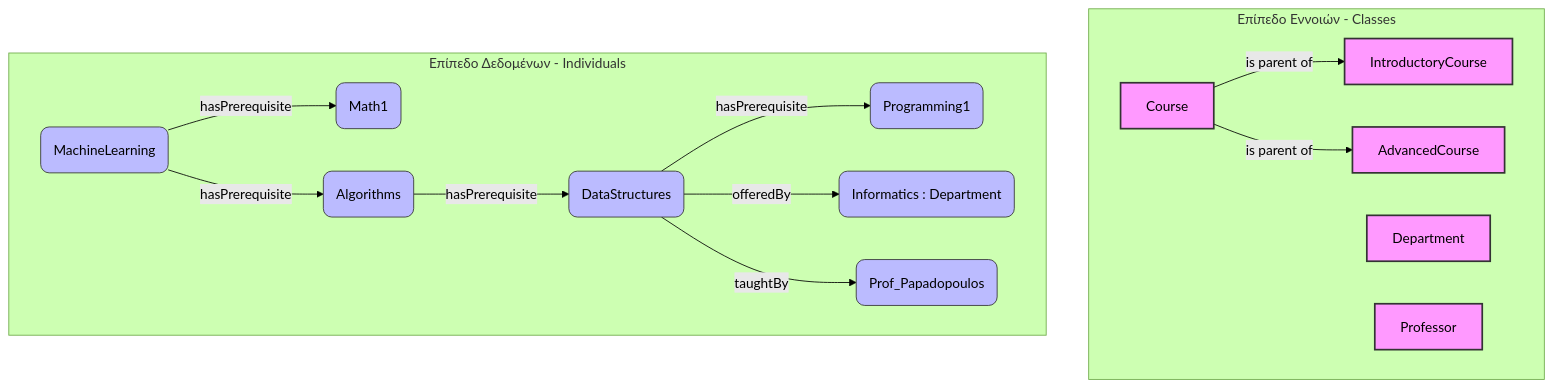
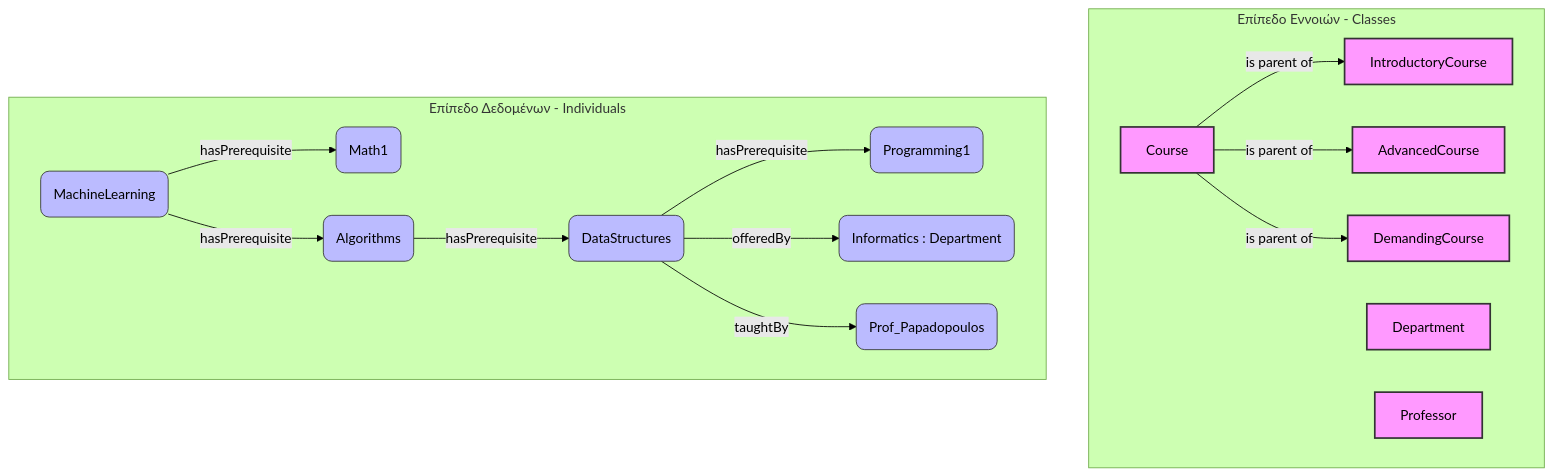
One commit to tsadimas-wa/dss-data-analytics changed the diagram in lab_protege.md. Above: the diagram before and after it, drawn with Mermaid (forest theme). The commit also changed other lines of this file, not shown here.

````diff
--- a/lab_protege.md
+++ b/lab_protege.md
@@ -568,37 +570,39 @@
 ```mermaid
 graph TD
     %% Ορισμός Στυλ
     classDef classNode fill:#f9f,stroke:#333,stroke-width:2px;
     classDef indivNode fill:#bbf,stroke:#333,stroke-width:1px,rx:10,ry:10;
     
     subgraph T-Box [Επίπεδο Εννοιών - Classes]
         C[Course]:::classNode
         IC[IntroductoryCourse]:::classNode
         AC[AdvancedCourse]:::classNode
+        DC[DemandingCourse]:::classNode
         D[Department]:::classNode
         P[Professor]:::classNode
         
         C -->|is parent of| IC
         C -->|is parent of| AC
+        C -->|is parent of| DC
     end
 
     subgraph A-Box [Επίπεδο Δεδομένων - Individuals]
         M1(Math1):::indivNode
         P1(Programming1):::indivNode
         DS(DataStructures):::indivNode
         ALG(Algorithms):::indivNode
         ML(MachineLearning):::indivNode
         INF(Informatics : Department):::indivNode
         PROF(Prof_Papadopoulos):::indivNode
 
         %% Σχέσεις Προαπαιτούμενων
         DS -->|hasPrerequisite| P1
         ALG -->|hasPrerequisite| DS
         ML -->|hasPrerequisite| ALG
         ML -->|hasPrerequisite| M1
 
         %% Άλλες Σχέσεις
         DS -->|offeredBy| INF
         DS -->|taughtBy| PROF
     end
 ```
````
